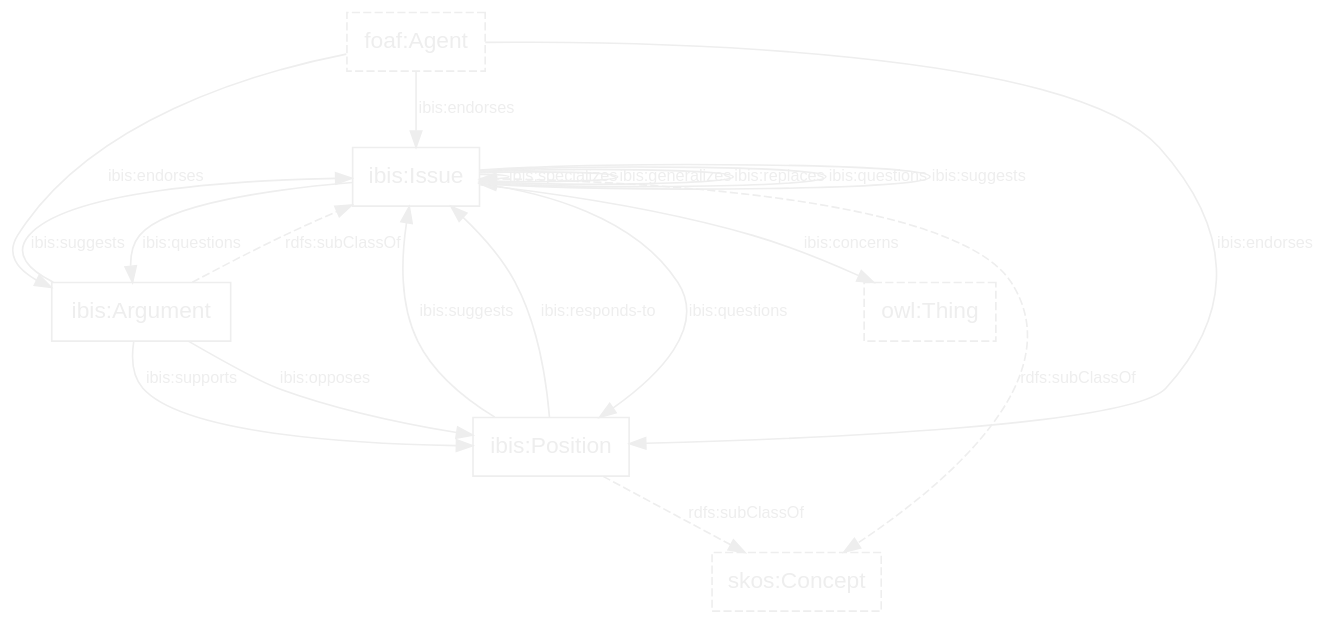
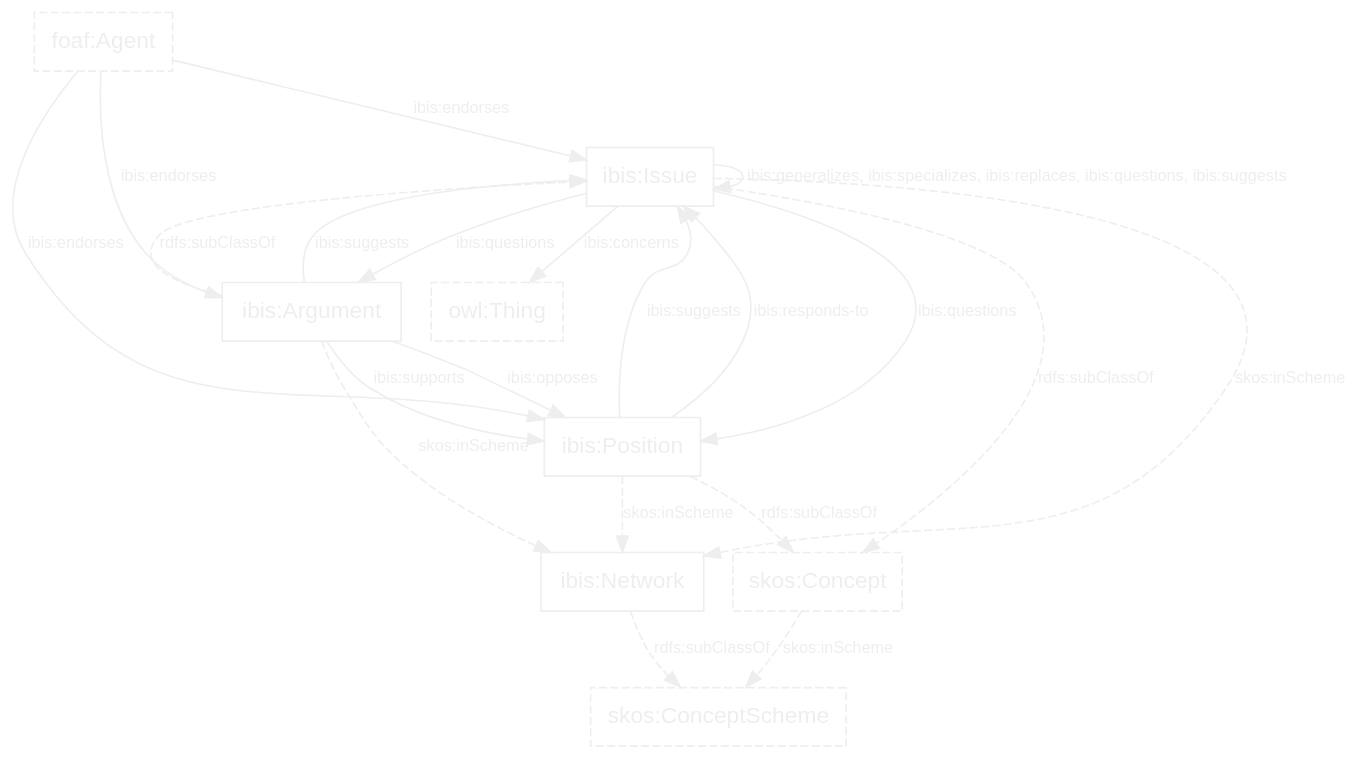
One commit to doriantaylor/owl-ibis changed the diagram in example.dot. Above: the diagram before and after it, drawn with Graphviz. The commit also changed 1 other file, not shown here.

```diff
--- a/example.dot
+++ b/example.dot
@@ -1,50 +1,63 @@
 digraph {
     graph [bgcolor=transparent];
     node [shape=box,color="#eeeeee",fontcolor="#eeeeee",fontname="Lucida Grande, Lucida Sans Unicode, sans-serif"];
     edge [color="#eeeeee",fontcolor="#eeeeee",fontname="Lucida Grande, Lucida Sans Unicode, sans-serif"];
-    owl_Thing [label="owl:Thing", style=dashed];
-    foaf_Agent [label="foaf:Agent", style=dashed];
-    skos_Concept [label="skos:Concept", style=dashed];
-    ibis_Issue [label="ibis:Issue"];
-    ibis_Position [label="ibis:Position"];
-    ibis_Argument [label="ibis:Argument"];
+    owl_Thing          [label="owl:Thing", style=dashed];
+    foaf_Agent         [label="foaf:Agent", style=dashed];
+    skos_Concept       [label="skos:Concept", style=dashed];
+    skos_ConceptScheme [label="skos:ConceptScheme", style=dashed];
+    ibis_Issue         [label="ibis:Issue"];
+    ibis_Position      [label="ibis:Position"];
+    ibis_Argument      [label="ibis:Argument"];
+    ibis_Network       [label="ibis:Network"];
     
     subgraph {
         edge [fontsize=10,concentrate=true];
+        /*
         ibis_Issue -> ibis_Issue [label="ibis:specializes"];
         ibis_Issue -> ibis_Issue [label="ibis:generalizes"];
         ibis_Issue -> ibis_Issue [label="ibis:replaces"];
-        //ibis_Issue -> ibis_Issue [label="ibis:generalizes"];
+        */
+        ibis_Issue -> ibis_Issue [label="ibis:generalizes, ibis:specializes, ibis:replaces, ibis:questions, ibis:suggests"];
         
         subgraph {
             edge [label="rdfs:subClassOf", style=dashed];
-            ibis_Issue -> skos_Concept;
+            ibis_Issue    -> skos_Concept;
             ibis_Position -> skos_Concept;
             ibis_Argument -> ibis_Issue;
+            ibis_Network  -> skos_ConceptScheme;
         }
         
+        subgraph {
+            edge [label="skos:inScheme", style=dashed];
+            ibis_Issue    -> ibis_Network;
+            ibis_Position -> ibis_Network;
+            ibis_Argument -> ibis_Network;
+            skos_Concept  -> skos_ConceptScheme;
+        }
+                
         subgraph {
             edge [label="ibis:endorses"];
             foaf_Agent -> ibis_Issue;
             foaf_Agent -> ibis_Position;
             foaf_Agent -> ibis_Argument;
         }
 
         subgraph {
             edge [label="ibis:questions"];
             ibis_Issue -> ibis_Argument
             ibis_Issue -> ibis_Position
-            ibis_Issue -> ibis_Issue;
+            //ibis_Issue -> ibis_Issue;
         }
         subgraph {
             edge [label="ibis:suggests"];
             ibis_Position -> ibis_Issue;
             ibis_Argument -> ibis_Issue;
-            ibis_Issue    -> ibis_Issue;
+            //ibis_Issue    -> ibis_Issue;
         }
-        ibis_Issue -> owl_Thing [label="ibis:concerns"];
-        ibis_Position -> ibis_Issue [label="ibis:responds-to"];
+        ibis_Issue    -> owl_Thing     [label="ibis:concerns"];
+        ibis_Position -> ibis_Issue    [label="ibis:responds-to"];
         ibis_Argument -> ibis_Position [label="ibis:supports"];
         ibis_Argument -> ibis_Position [label="ibis:opposes"];
     }
 }
```
